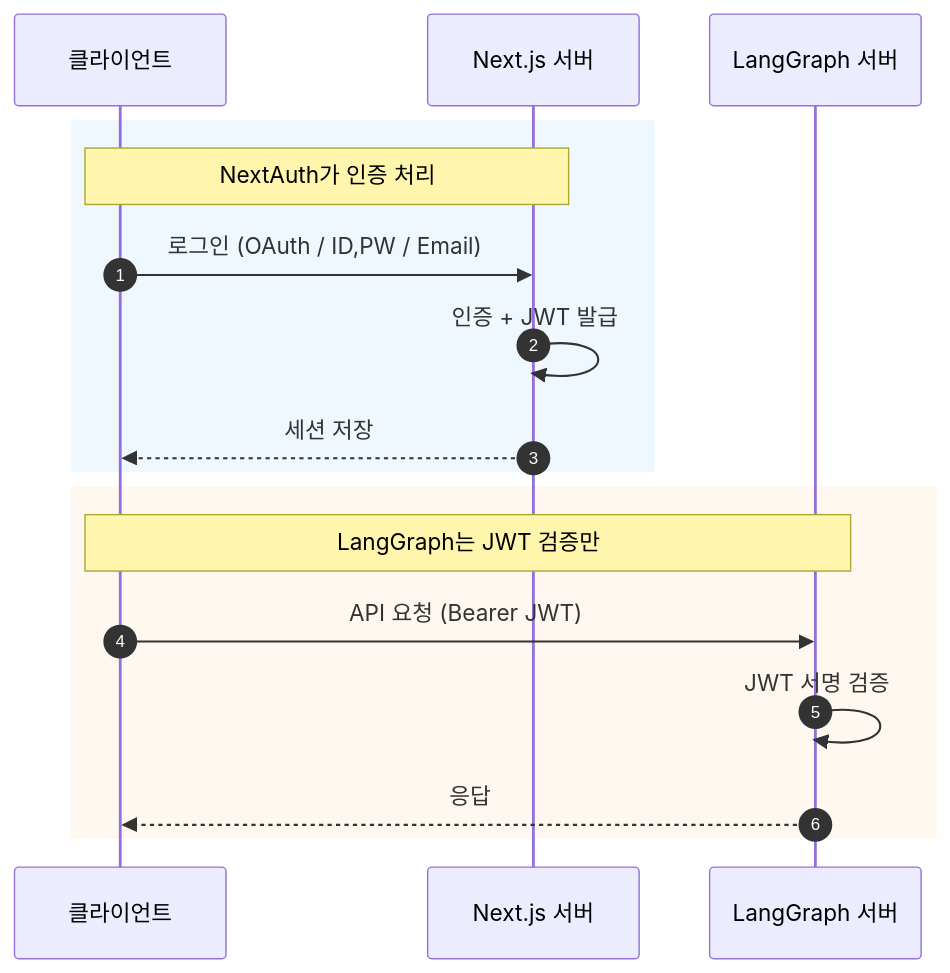
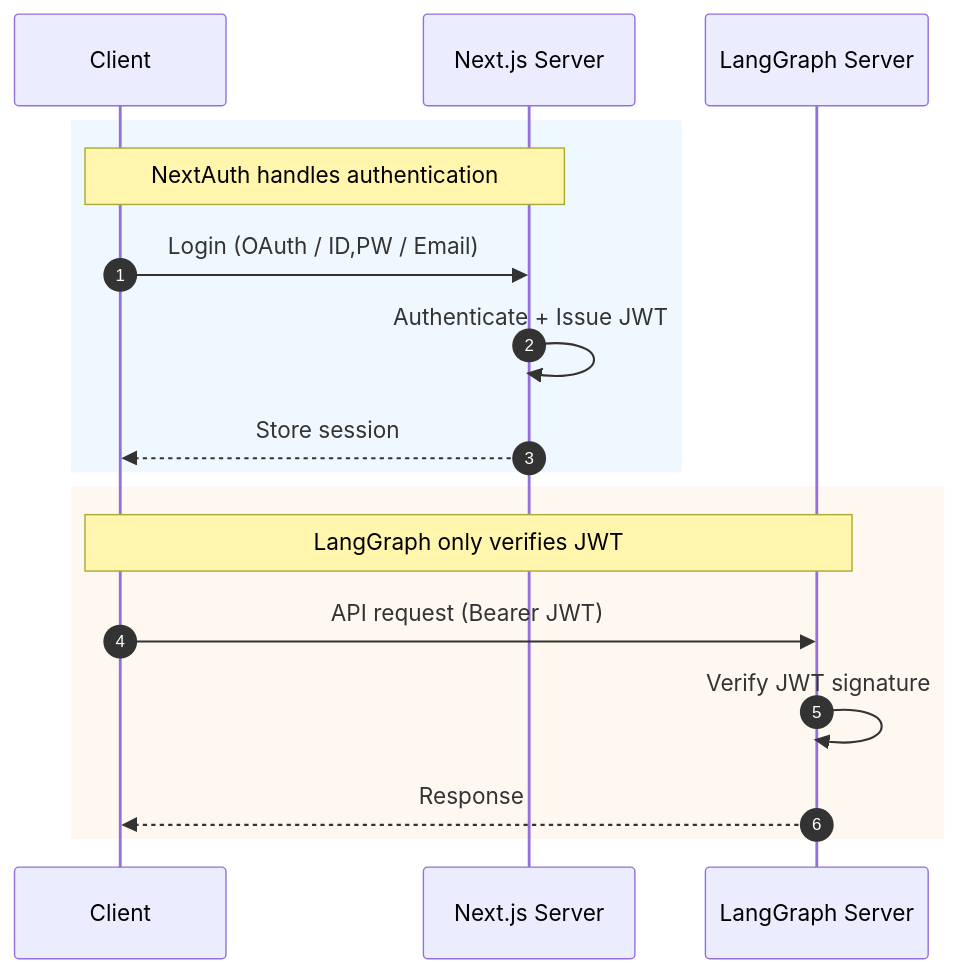
Before and after one commit to braincrew-lab/langgraph-chat-ui: the first of 4 diagrams in docs/00-OVERVIEW.md, drawn with Mermaid. The commit also changed other lines of this file and 24 other files, not shown here.

````diff
--- a/docs/00-OVERVIEW.md
+++ b/docs/00-OVERVIEW.md
@@ -21,21 +21,21 @@
 ```mermaid
 sequenceDiagram
     autonumber
-    participant Client as 클라이언트
-    participant NextJS as Next.js 서버
-    participant LangGraph as LangGraph 서버
+    participant Client as Client
+    participant NextJS as Next.js Server
+    participant LangGraph as LangGraph Server
 
     rect rgb(240, 248, 255)
-        Note over Client,NextJS: NextAuth가 인증 처리
-        Client->>NextJS: 로그인 (OAuth / ID,PW / Email)
-        NextJS->>NextJS: 인증 + JWT 발급
-        NextJS-->>Client: 세션 저장
+        Note over Client,NextJS: NextAuth handles authentication
+        Client->>NextJS: Login (OAuth / ID,PW / Email)
+        NextJS->>NextJS: Authenticate + Issue JWT
+        NextJS-->>Client: Store session
     end
 
     rect rgb(255, 248, 240)
-        Note over Client,LangGraph: LangGraph는 JWT 검증만
-        Client->>LangGraph: API 요청 (Bearer JWT)
-        LangGraph->>LangGraph: JWT 서명 검증
-        LangGraph-->>Client: 응답
+        Note over Client,LangGraph: LangGraph only verifies JWT
+        Client->>LangGraph: API request (Bearer JWT)
+        LangGraph->>LangGraph: Verify JWT signature
+        LangGraph-->>Client: Response
     end
 ```
````
